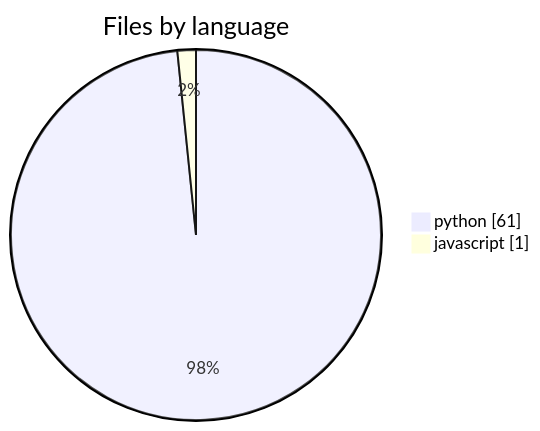
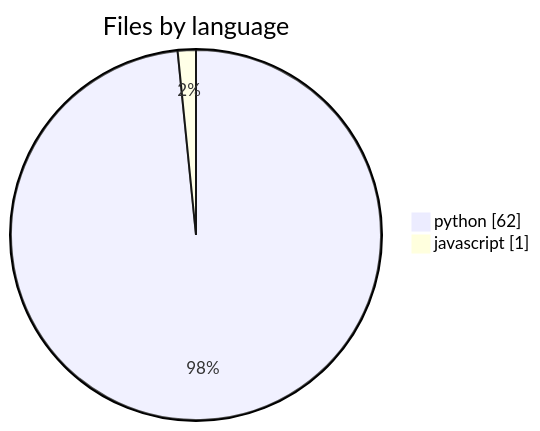
Before and after one commit to wolframs/jspace-probes: the first of 5 diagrams in .mentis/context/languages.md, drawn with Mermaid. The commit also changed other lines of this file and 201 other files, not shown here.

````diff
--- a/.mentis/context/languages.md
+++ b/.mentis/context/languages.md
@@ -15,5 +15,5 @@
 ```mermaid
 pie showData title Files by language
-    "python" : 61
+    "python" : 62
     "javascript" : 1
 ```
````
